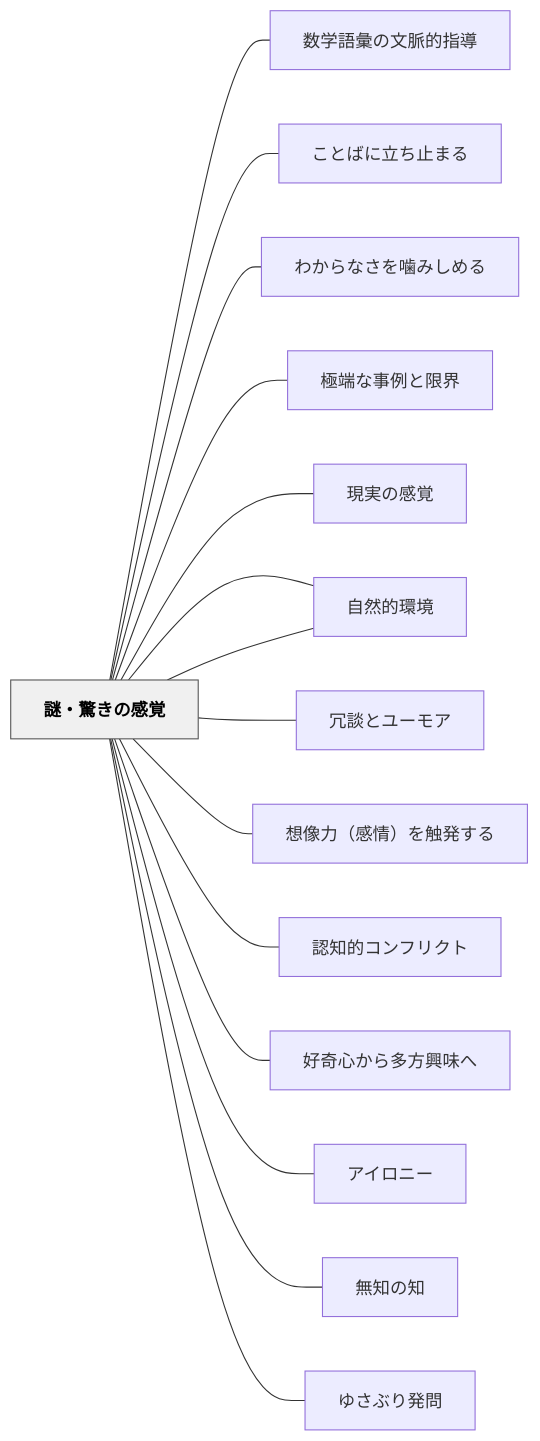
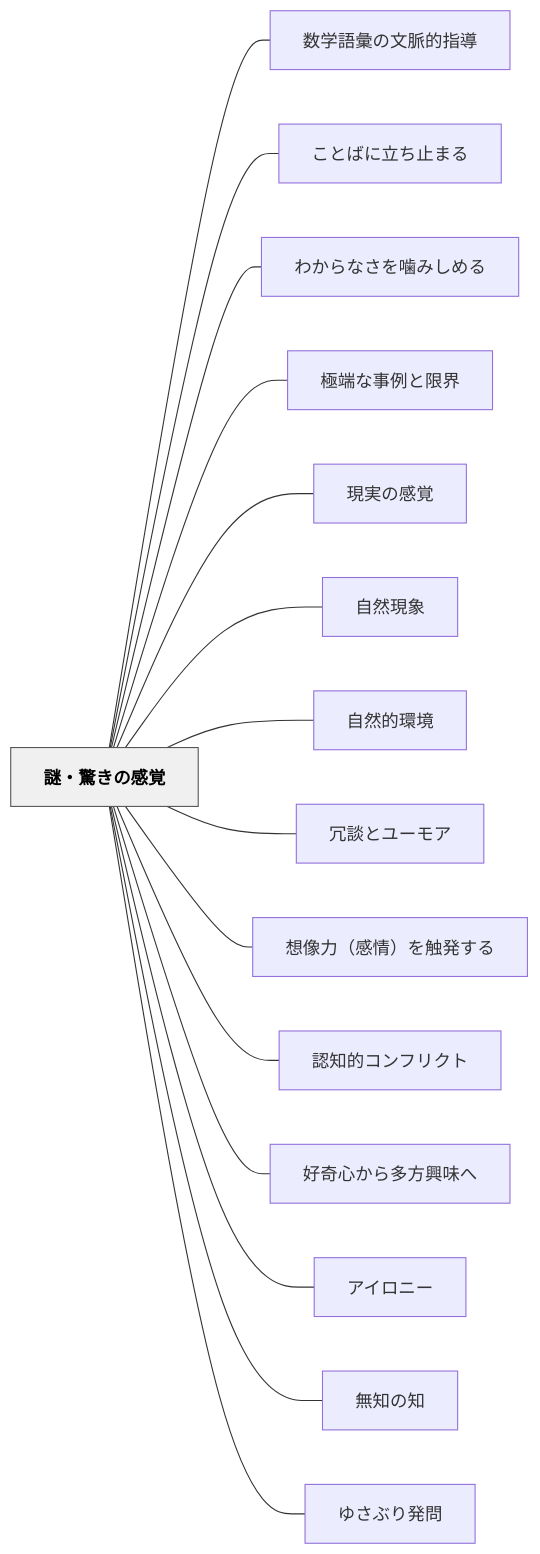
One commit to unknownthings-ed-patterns/unknownthings-ed-patterns changed the diagram in content/パタン/謎・驚きの感覚.md. Above: the diagram before and after it, drawn with Mermaid. The commit also changed 527 other files, not shown here.

````diff
--- a/content/パタン/謎・驚きの感覚.md
+++ b/content/パタン/謎・驚きの感覚.md
@@ -58,36 +58,36 @@
 ```mermaid
 flowchart LR
-    ne8ac8ee383bb["謎・驚きの感覚"]
-    ne695b0e5ada6["数学語彙の文脈的指導"]
-    ne38193e381a8["ことばに立ち止まる"]
-    ne3828fe3818b["わからなさを噛みしめる"]
-    ne6a5b5e7abaf["極端な事例と限界"]
-    ne78fbee5ae9f["現実の感覚"]
-    ne887aae784b6["自然現象"]
-    ne887aae784b6["自然的環境"]
-    ne58697e8ab87["冗談とユーモア"]
-    ne683b3e5838f["想像力（感情）を触発する"]
-    ne8aa8de79fa5["認知的コンフリクト"]
-    ne5a5bde5a587["好奇心から多方興味へ"]
-    ne382a2e382a4["アイロニー"]
-    ne784a1e79fa5["無知の知"]
-    ne38286e38195["ゆさぶり発問"]
+    ne8ac8ee383bbe9a99ae3818de381aee6849fe8a69a["謎・驚きの感覚"]
+    ne695b0e5ada6e8aa9ee5bd99e381aee69687e88488e79a84e68c87e5b08e["数学語彙の文脈的指導"]
+    ne38193e381a8e381b0e381abe7ab8be381a1e6ada2e381bee3828b["ことばに立ち止まる"]
+    ne3828fe3818be38289e381aae38195e38292e5999be381bfe38197e38281e3828b["わからなさを噛みしめる"]
+    ne6a5b5e7abafe381aae4ba8be4be8be381a8e99990e7958c["極端な事例と限界"]
+    ne78fbee5ae9fe381aee6849fe8a69a["現実の感覚"]
+    ne887aae784b6e78fbee8b1a1["自然現象"]
+    ne887aae784b6e79a84e792b0e5a283["自然的環境"]
+    ne58697e8ab87e381a8e383a6e383bce383a2e382a2["冗談とユーモア"]
+    ne683b3e5838fe58a9befbc88e6849fe68385efbc89e38292e8a7a6e799bae38199e3828b["想像力（感情）を触発する"]
+    ne8aa8de79fa5e79a84e382b3e383b3e38395e383aae382afe38388["認知的コンフリクト"]
+    ne5a5bde5a587e5bf83e3818be38289e5a49ae696b9e88888e591b3e381b8["好奇心から多方興味へ"]
+    ne382a2e382a4e383ade3838be383bc["アイロニー"]
+    ne784a1e79fa5e381aee79fa5["無知の知"]
+    ne38286e38195e381b6e3828ae799bae5958f["ゆさぶり発問"]
 
-    ne8ac8ee383bb --- ne695b0e5ada6
-    ne8ac8ee383bb --- ne38193e381a8
-    ne8ac8ee383bb --- ne3828fe3818b
-    ne8ac8ee383bb --- ne6a5b5e7abaf
-    ne8ac8ee383bb --- ne78fbee5ae9f
-    ne8ac8ee383bb --- ne887aae784b6
-    ne8ac8ee383bb --- ne887aae784b6
-    ne8ac8ee383bb --- ne58697e8ab87
-    ne8ac8ee383bb --- ne683b3e5838f
-    ne8ac8ee383bb --- ne8aa8de79fa5
-    ne8ac8ee383bb --- ne5a5bde5a587
-    ne8ac8ee383bb --- ne382a2e382a4
-    ne8ac8ee383bb --- ne784a1e79fa5
-    ne8ac8ee383bb --- ne38286e38195
+    ne8ac8ee383bbe9a99ae3818de381aee6849fe8a69a --- ne695b0e5ada6e8aa9ee5bd99e381aee69687e88488e79a84e68c87e5b08e
+    ne8ac8ee383bbe9a99ae3818de381aee6849fe8a69a --- ne38193e381a8e381b0e381abe7ab8be381a1e6ada2e381bee3828b
+    ne8ac8ee383bbe9a99ae3818de381aee6849fe8a69a --- ne3828fe3818be38289e381aae38195e38292e5999be381bfe38197e38281e3828b
+    ne8ac8ee383bbe9a99ae3818de381aee6849fe8a69a --- ne6a5b5e7abafe381aae4ba8be4be8be381a8e99990e7958c
+    ne8ac8ee383bbe9a99ae3818de381aee6849fe8a69a --- ne78fbee5ae9fe381aee6849fe8a69a
+    ne8ac8ee383bbe9a99ae3818de381aee6849fe8a69a --- ne887aae784b6e78fbee8b1a1
+    ne8ac8ee383bbe9a99ae3818de381aee6849fe8a69a --- ne887aae784b6e79a84e792b0e5a283
+    ne8ac8ee383bbe9a99ae3818de381aee6849fe8a69a --- ne58697e8ab87e381a8e383a6e383bce383a2e382a2
+    ne8ac8ee383bbe9a99ae3818de381aee6849fe8a69a --- ne683b3e5838fe58a9befbc88e6849fe68385efbc89e38292e8a7a6e799bae38199e3828b
+    ne8ac8ee383bbe9a99ae3818de381aee6849fe8a69a --- ne8aa8de79fa5e79a84e382b3e383b3e38395e383aae382afe38388
+    ne8ac8ee383bbe9a99ae3818de381aee6849fe8a69a --- ne5a5bde5a587e5bf83e3818be38289e5a49ae696b9e88888e591b3e381b8
+    ne8ac8ee383bbe9a99ae3818de381aee6849fe8a69a --- ne382a2e382a4e383ade3838be383bc
+    ne8ac8ee383bbe9a99ae3818de381aee6849fe8a69a --- ne784a1e79fa5e381aee79fa5
+    ne8ac8ee383bbe9a99ae3818de381aee6849fe8a69a --- ne38286e38195e381b6e3828ae799bae5958f
 
     classDef hub fill:#f0f0f0,stroke:#555,color:#000,font-weight:bold
-    class ne8ac8ee383bb hub
+    class ne8ac8ee383bbe9a99ae3818de381aee6849fe8a69a hub
 ```
````
